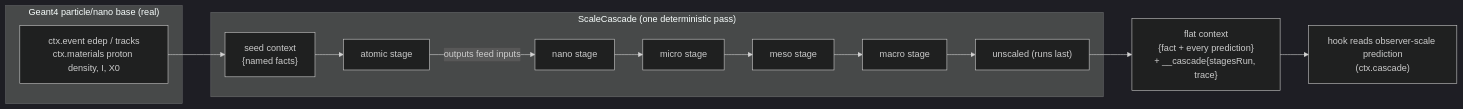
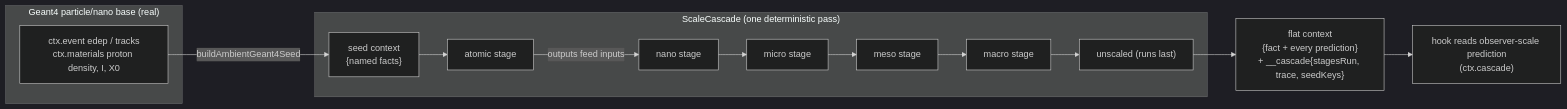
Before and after one commit to Geckos-Ink/trech: diagram 20 of 21 in CHARTS.md, drawn with Mermaid (dark theme). The commit also changed other lines of this file and 6 other files, not shown here.

````diff
--- a/CHARTS.md
+++ b/CHARTS.md
@@ -482,18 +488,18 @@
 ```mermaid
 flowchart LR
   subgraph Base["Geant4 particle/nano base (real)"]
     G4["ctx.event edep / tracks\nctx.materials proton density, I, X0"]
   end
   subgraph Cascade["ScaleCascade (one deterministic pass)"]
     SEED["seed context\n{named facts}"]
     A["atomic stage"]
     N["nano stage"]
     MI["micro stage"]
     ME["meso stage"]
     MA["macro stage"]
     U["unscaled (runs last)"]
   end
-  OUT["flat context\n{fact + every prediction}\n+ __cascade{stagesRun, trace}"]
-  G4 --> SEED --> A -->|outputs feed inputs| N --> MI --> ME --> MA --> U --> OUT
+  OUT["flat context\n{fact + every prediction}\n+ __cascade{stagesRun, trace, seedKeys}"]
+  G4 -->|buildAmbientGeant4Seed| SEED --> A -->|outputs feed inputs| N --> MI --> ME --> MA --> U --> OUT
   OUT --> HOOK["hook reads observer-scale prediction\n(ctx.cascade)"]
 ```
````
